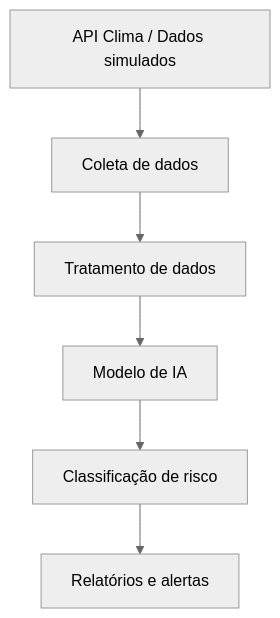
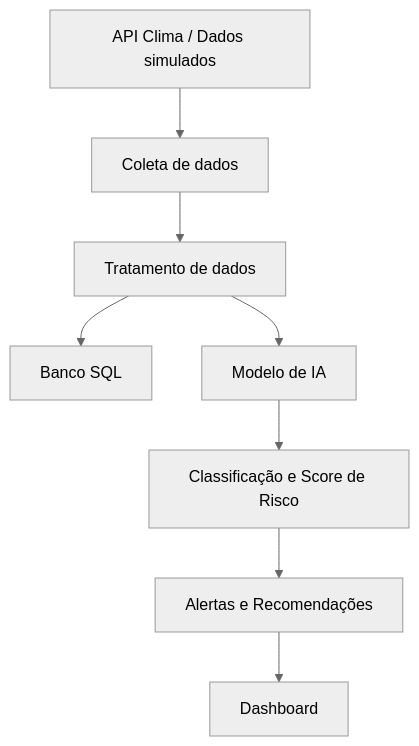
Before and after one commit to EnzoCaetano015/SOMPLE: the diagram in README.md, drawn with Mermaid (neutral theme). The commit also changed other lines of this file and 8 other files, not shown here.

````diff
--- a/README.md
+++ b/README.md
@@ -105,8 +180,10 @@
 ```mermaid
 flowchart TD
     A[API Clima / Dados simulados] --> B[Coleta de dados]
     B --> C[Tratamento de dados]
-    C --> D[Modelo de IA]
-    D --> E[Classificação de risco]
-    E --> F[Relatórios e alertas]
+    C --> D[Banco SQL]
+    C --> E[Modelo de IA]
+    E --> F[Classificação e Score de Risco]
+    F --> G[Alertas e Recomendações]
+    G --> H[Dashboard]
 ```
````
